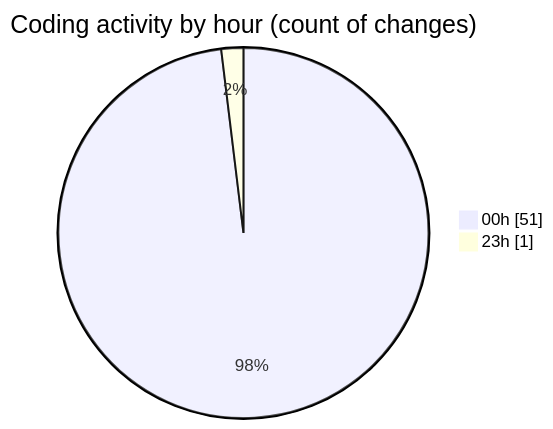
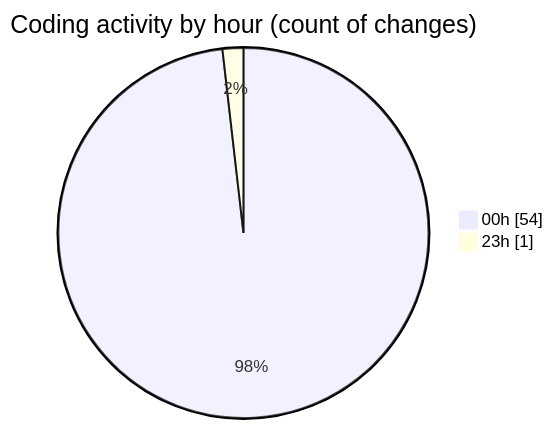
Before and after one commit to nxtqubesakshisongat/code-tracking: the second of 2 diagrams in 2026-03-15/nxtqube_webapp/README.md, drawn with Mermaid. The commit also changed other lines of this file and 1 other file, not shown here.

````diff
--- a/2026-03-15/nxtqube_webapp/README.md
+++ b/2026-03-15/nxtqube_webapp/README.md
@@ -28,6 +28,6 @@
 ```mermaid
 pie showData
 title Coding activity by hour (count of changes)
-"00h" : 51
+"00h" : 54
 "23h" : 1
 ```
````
